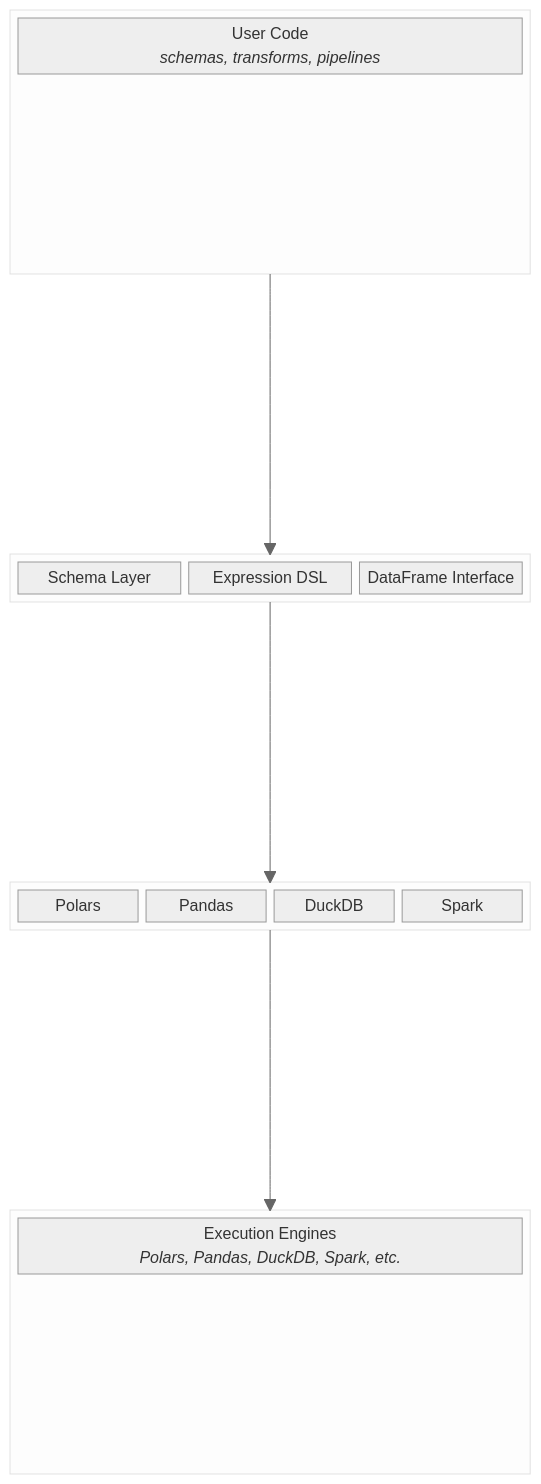
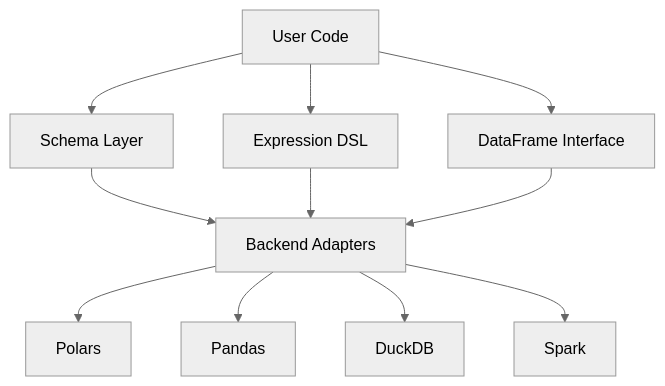
Before and after one commit to jwde/colnade: the diagram in docs/user-guide/core-concepts.md, drawn with Mermaid (neutral theme).

Commit message:
Shrink architecture diagram to compact flowchart
The block-beta diagram rendered enormous. Switch to a simple
graph TD flowchart that conveys the same layered architecture
in a fraction of the vertical space.

````diff
--- a/docs/user-guide/core-concepts.md
+++ b/docs/user-guide/core-concepts.md
@@ -7,34 +7,13 @@
 ```mermaid
-block-beta
-  columns 4
-
-  block:user:4
-    columns 4
-    A["User Code<br/><i>schemas, transforms, pipelines</i>"]:4
-  end
-
-  space:4
-
-  block:core:4
-    columns 3
-    B["Schema Layer"] C["Expression DSL"] D["DataFrame Interface"]
-  end
-
-  space:4
-
-  block:adapters:4
-    columns 4
-    E["Polars"] F["Pandas"] G["DuckDB"] H["Spark"]
-  end
-
-  space:4
-
-  block:engines:4
-    columns 4
-    I["Execution Engines<br/><i>Polars, Pandas, DuckDB, Spark, etc.</i>"]:4
-  end
-
-  user --> core
-  core --> adapters
-  adapters --> engines
+graph TD
+  A["User Code"] --> B["Schema Layer"]
+  A --> C["Expression DSL"]
+  A --> D["DataFrame Interface"]
+  B --> E["Backend Adapters"]
+  C --> E
+  D --> E
+  E --> F["Polars"]
+  E --> G["Pandas"]
+  E --> H["DuckDB"]
+  E --> I["Spark"]
 ```
````
